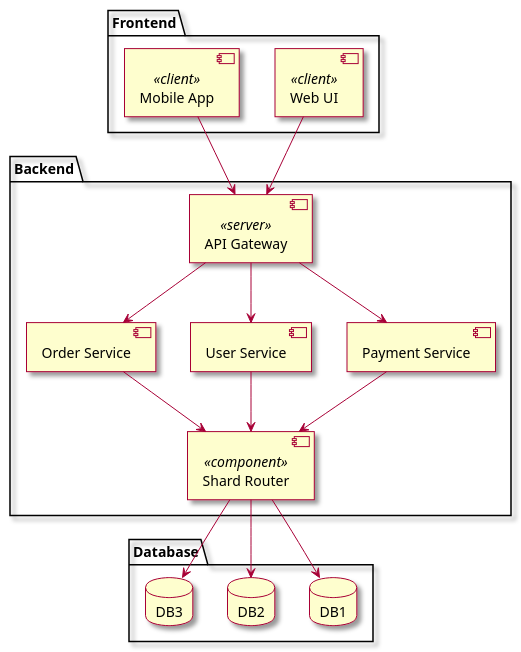
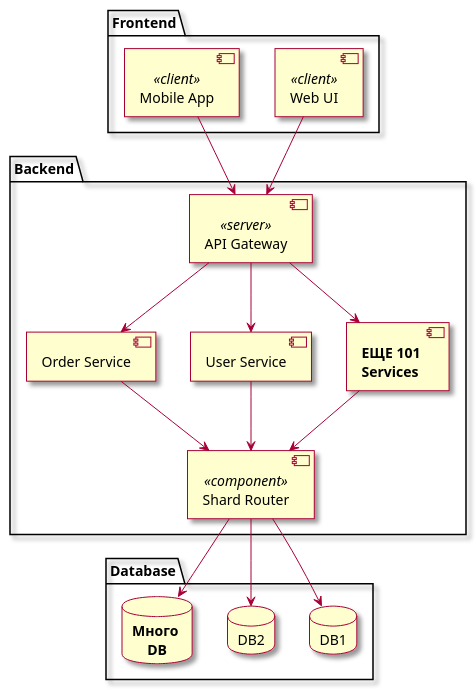
One commit to sysanalyst2do-lab/ecommerce-docs changed the diagram in onboarding/lessons/cl_serv2.puml. Above: the diagram before and after it, drawn with PlantUML. The commit also changed 14 other files, not shown here.

```diff
--- a/onboarding/lessons/cl_serv2.puml
+++ b/onboarding/lessons/cl_serv2.puml
@@ -1,38 +1,38 @@
 @startuml
 skin rose
 
 package "Frontend" {
   [Web UI] <<client>>
   [Mobile App] <<client>>
 }
 
 package "Backend" {
   [API Gateway] <<server>>
   [Order Service]
   [User Service]
-  [Payment Service]
+  [**ЕЩЕ 101** \n**Services**]
   [Shard Router] <<component>>
 }
 
 package "Database" {
   database "DB1" as DB1
   database "DB2" as DB2
-  database "DB3" as DB3
+  database "**Много** \n**DB**" as DB3
 }
 
 [Web UI] --> [API Gateway]
 [Mobile App] --> [API Gateway]
 
 [API Gateway] --> [Order Service]
 [API Gateway] --> [User Service]
-[API Gateway] --> [Payment Service]
+[API Gateway] --> [**ЕЩЕ 101** \n**Services**]
 
 [Order Service] --> [Shard Router]
 [User Service] --> [Shard Router]
-[Payment Service] --> [Shard Router]
+[**ЕЩЕ 101** \n**Services**] --> [Shard Router]
 
 [Shard Router] --> DB1
 [Shard Router] --> DB2
 [Shard Router] --> DB3
 
 @enduml
```
